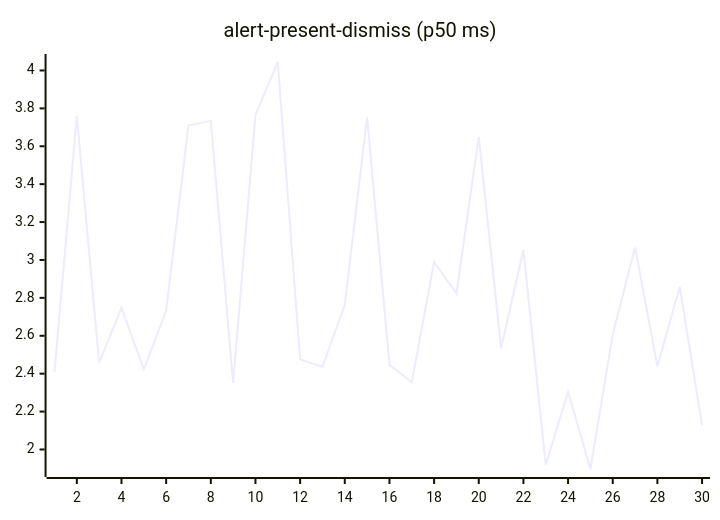
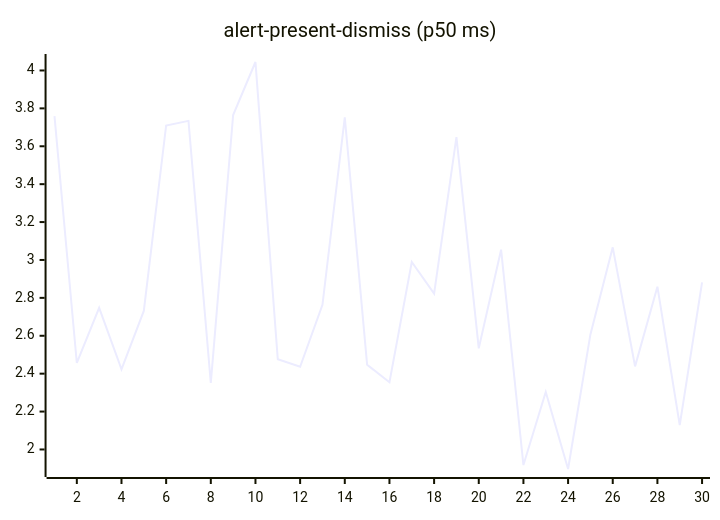
The second of 27 diagrams in README.md (josha/Facet), drawn with Mermaid before and after one commit. The commit also changed other lines of this file and 2 other files, not shown here.

````diff
--- a/README.md
+++ b/README.md
@@ -70,6 +70,6 @@
 ```mermaid
 xychart-beta
     title "alert-present-dismiss (p50 ms)"
     x-axis 1 --> 30
-    line [2.4093, 3.7592, 2.4564, 2.7475, 2.4232, 2.7312, 3.7096, 3.7340, 2.3506, 3.7650, 4.0447, 2.4759, 2.4363, 2.7635, 3.7527, 2.4474, 2.3546, 2.9892, 2.8222, 3.6482, 2.5337, 3.0542, 1.9177, 2.3034, 1.8969, 2.6071, 3.0667, 2.4384, 2.8591, 2.1282]
+    line [3.7592, 2.4564, 2.7475, 2.4232, 2.7312, 3.7096, 3.7340, 2.3506, 3.7650, 4.0447, 2.4759, 2.4363, 2.7635, 3.7527, 2.4474, 2.3546, 2.9892, 2.8222, 3.6482, 2.5337, 3.0542, 1.9177, 2.3034, 1.8969, 2.6071, 3.0667, 2.4384, 2.8591, 2.1282, 2.8816]
 ```
````
